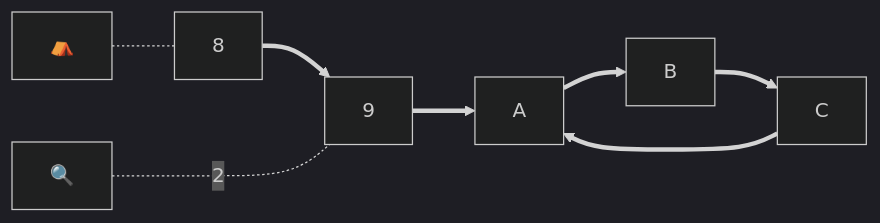
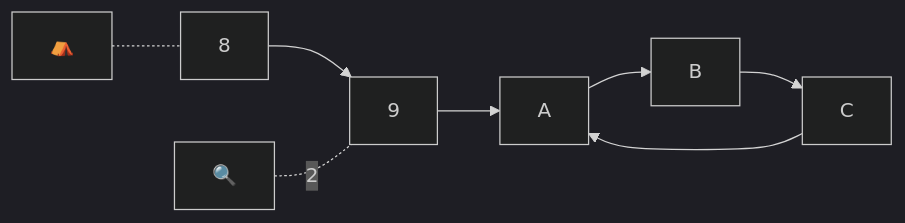
One commit to raganwald/raganwald.github.com changed the tenth of 13 diagrams in _posts/2026-02-15-nuralagus-rex.md. Above: the diagram before and after it, drawn with Mermaid (dark theme). The commit also changed other lines of this file, not shown here.

```diff
--- a/_posts/2026-02-15-nuralagus-rex.md
+++ b/_posts/2026-02-15-nuralagus-rex.md
@@ -219,15 +219,15 @@
 <div class="mermaid">
   graph LR
     
     base["⛺️"]
     search["🔍"]
     e["8"]
     f["9"]
     g["A"]
     h["B"]
     i["C"]
 
-    e==>f==>g==>h==>i==>g
+    e-->f-->g-->h-->i-->g
     base-.-e
-    search-..-|"2"|f
+    search-.-|"2"|f
 </div>
```
